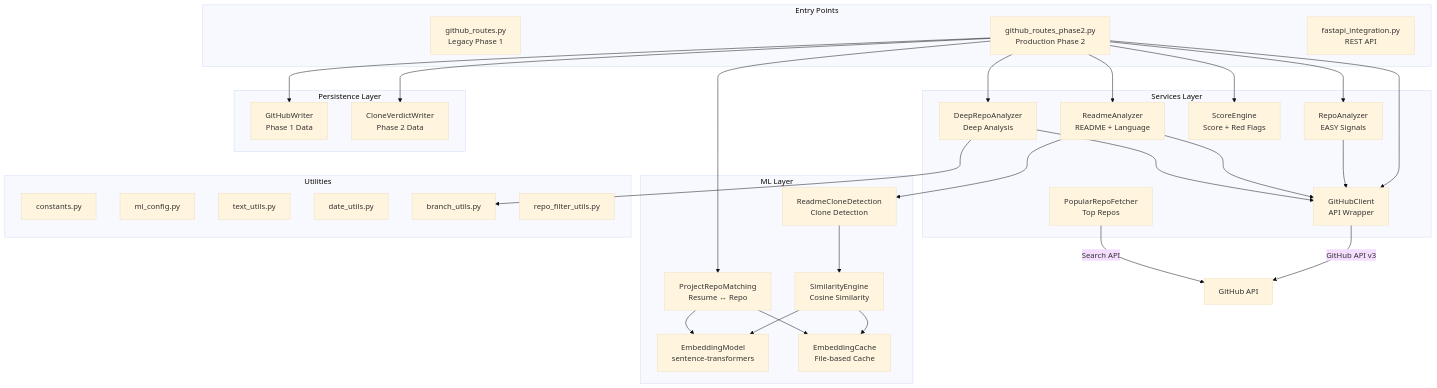
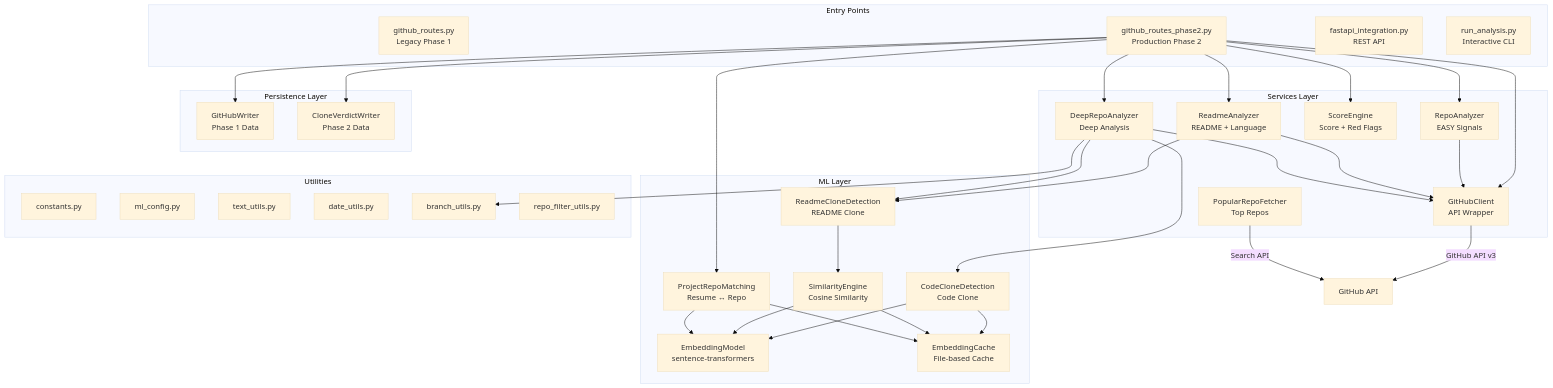
One commit to Inward17/ResumeAI changed the diagram in GITHUB_SCRAPER_ARCHITECTURE.md. Above: the diagram before and after it, drawn with Mermaid (base theme). The commit also changed other lines of this file and 64 other files, not shown here.

````diff
--- a/GITHUB_SCRAPER_ARCHITECTURE.md
+++ b/GITHUB_SCRAPER_ARCHITECTURE.md
@@ -28,61 +30,67 @@
 ```mermaid
 graph TB
     subgraph "Entry Points"
         FR[github_routes.py<br>Legacy Phase 1]
         FR2[github_routes_phase2.py<br>Production Phase 2]
         FAST[fastapi_integration.py<br>REST API]
+        RUN[run_analysis.py<br>Interactive CLI]
     end
 
     subgraph "Services Layer"
         GC[GitHubClient<br>API Wrapper]
         RA[RepoAnalyzer<br>EASY Signals]
         RDA[ReadmeAnalyzer<br>README + Language]
         SE[ScoreEngine<br>Score + Red Flags]
         DRA[DeepRepoAnalyzer<br>Deep Analysis]
         PRF[PopularRepoFetcher<br>Top Repos]
     end
 
     subgraph "ML Layer"
         EM[EmbeddingModel<br>sentence-transformers]
         EC[EmbeddingCache<br>File-based Cache]
         SIM[SimilarityEngine<br>Cosine Similarity]
         PRM[ProjectRepoMatching<br>Resume ↔ Repo]
-        RCD[ReadmeCloneDetection<br>Clone Detection]
+        RCD[ReadmeCloneDetection<br>README Clone]
+        CCD[CodeCloneDetection<br>Code Clone]
     end
 
     subgraph "Persistence Layer"
         GW[GitHubWriter<br>Phase 1 Data]
         CVW[CloneVerdictWriter<br>Phase 2 Data]
     end
 
     subgraph "Utilities"
         CONST[constants.py]
         MLCFG[ml_config.py]
         TU[text_utils.py]
         DU[date_utils.py]
         BU[branch_utils.py]
         RFU[repo_filter_utils.py]
     end
 
     FR2 --> GC
     FR2 --> RA
     FR2 --> RDA
     FR2 --> SE
     FR2 --> PRM
     FR2 --> DRA
     FR2 --> GW
     FR2 --> CVW
 
     GC -->|"GitHub API v3"| EXT["GitHub API"]
     RA --> GC
     RDA --> GC
     RDA --> RCD
     DRA --> GC
     DRA --> BU
+    DRA --> RCD
+    DRA --> CCD
     RCD --> SIM
+    CCD --> EM
+    CCD --> EC
     SIM --> EM
     SIM --> EC
     PRM --> EM
     PRM --> EC
     PRF -->|"Search API"| EXT
 ```
````
